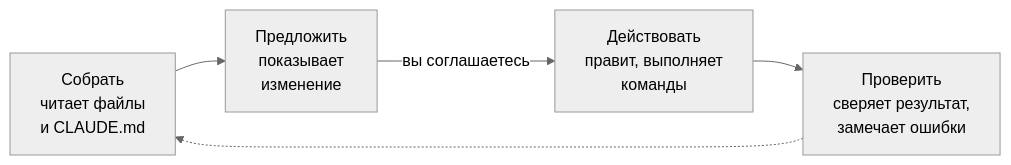
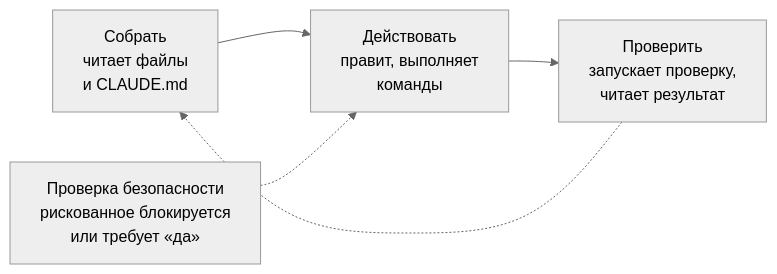
The diagram in README.ru.md (velesnitski/claude-code-quickstart), drawn with Mermaid (neutral theme) before and after one commit. The commit also changed other lines of this file and 10 other files, not shown here.

````diff
--- a/README.ru.md
+++ b/README.ru.md
@@ -29,7 +29,7 @@
 ```mermaid
 flowchart LR
-    Gather["Собрать<br/>читает файлы<br/>и CLAUDE.md"] --> Plan["Предложить<br/>показывает<br/>изменение"]
-    Plan -- "вы соглашаетесь" --> Act["Действовать<br/>правит, выполняет<br/>команды"]
-    Act --> Verify["Проверить<br/>сверяет результат,<br/>замечает ошибки"]
+    Gather["Собрать<br/>читает файлы<br/>и CLAUDE.md"] --> Act["Действовать<br/>правит, выполняет<br/>команды"]
+    Act --> Verify["Проверить<br/>запускает проверку,<br/>читает результат"]
     Verify -.-> Gather
+    Guard["Проверка безопасности<br/>рискованное блокируется<br/>или требует «да»"] -.-> Act
 ```
````
